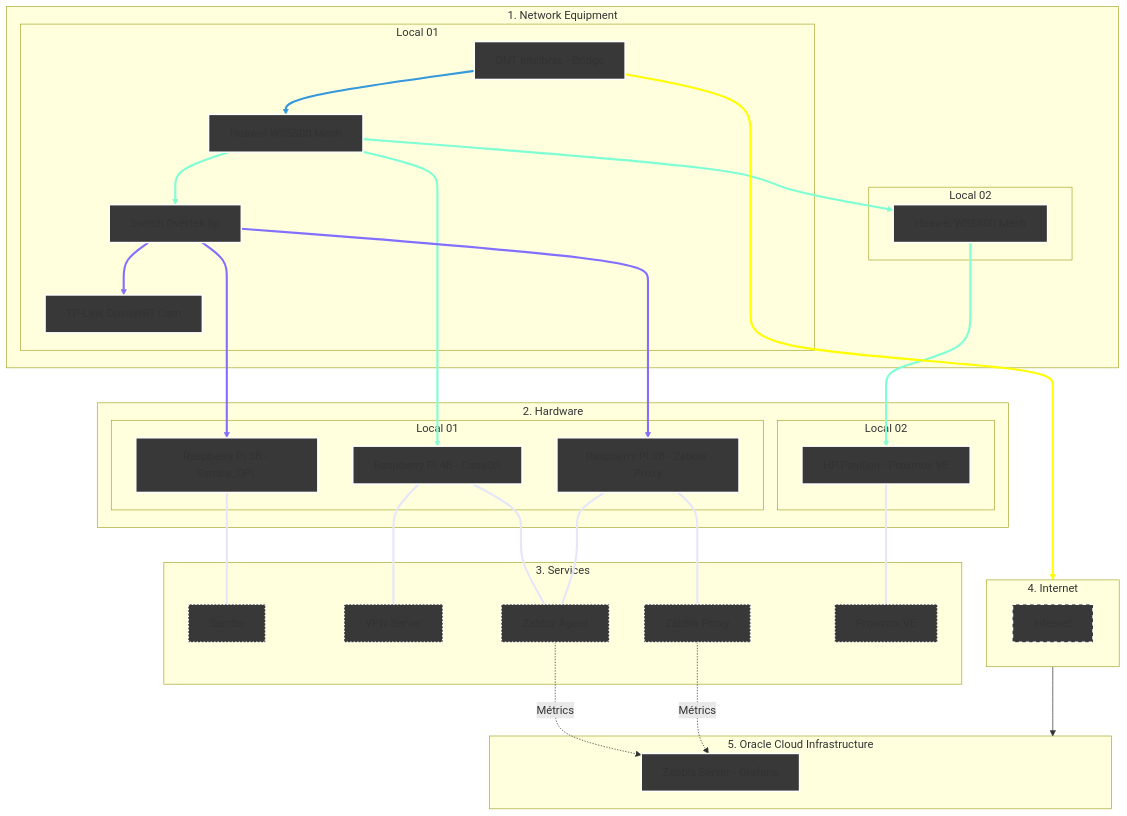
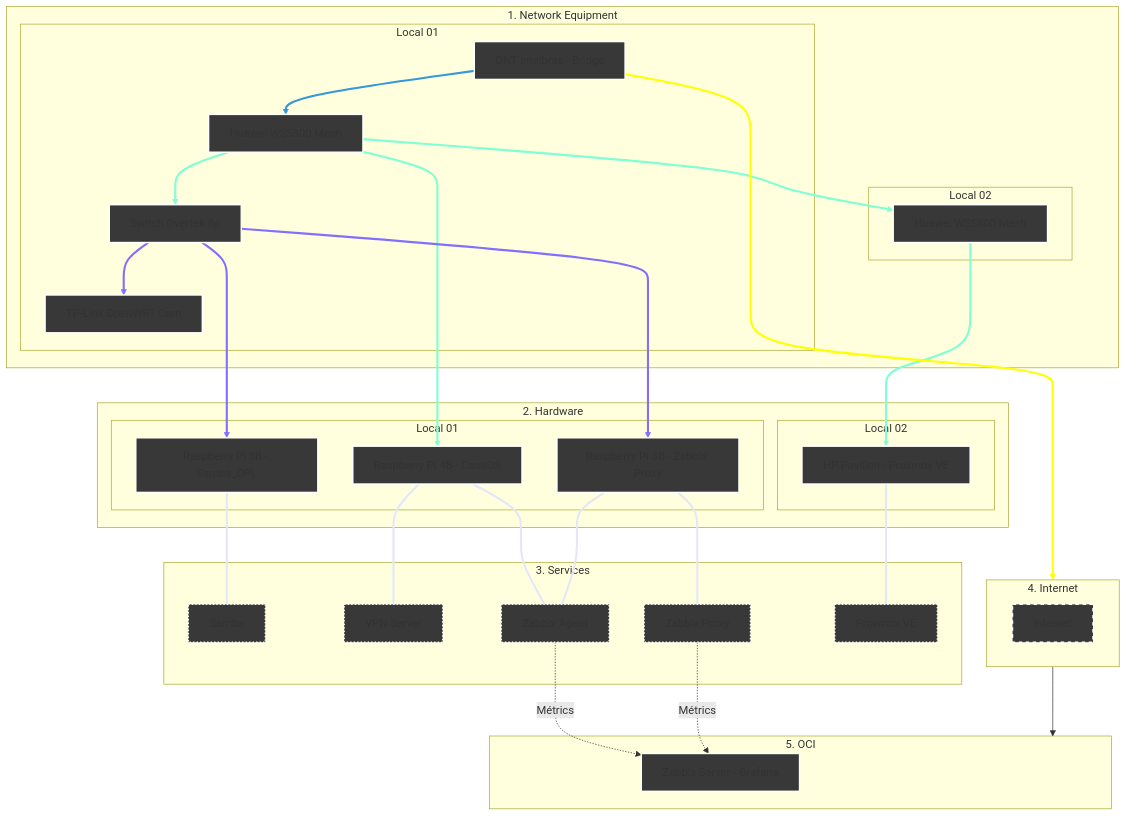
One commit to kevindexter22/Dr-Hardware-Autonet changed the diagram in Infraestructure/README.md. Above: the diagram before and after it, drawn with Mermaid.

````diff
--- a/Infraestructure/README.md
+++ b/Infraestructure/README.md
@@ -13,71 +13,71 @@
 ```mermaid
 graph TD
     %% Styles
     classDef network fill:#383838,stroke:#FFFFFF,stroke-width:2px;
     classDef hardware fill:#383838,stroke:#FFFFFF,stroke-width:2px;
     classDef internet fill:#383838,stroke:#FFFFFF,stroke-width:2px,stroke-dasharray: 5 5;
     classDef services fill:#383838,stroke:#FFFFFF,stroke-width:2px, stroke-dasharray: 2 3;
     classDef oci fill:#383838,stroke:#FFFFFF,stroke-width:2px;
 
     %% 1. NETWORK EQUIPMENT
     subgraph Principal["1. Network Equipment"]
     subgraph S1 [Local 01]
         ONT[ONT Intelbras - Bridge]:::network --> R_Mesh1[Huawei WS5800 Mesh]:::network
         R_Mesh1 --> SW1[Switch Overtek 8p]:::network
         SW1 --> R_Cams[TP-Link OpenWRT Cam]:::network    
     end
     subgraph S2 [Local 02]
         R_Mesh1 --> R_Mesh2[Huawei WS5800 Mesh]:::network
     end
     end
     
     %% 2. HARDWARE
     subgraph Principal02["2. Hardware"]
     subgraph S3 [Local 01]
         SW1 ---> RPi3B_1[Raspberry Pi 3B - Samba_OPL]:::hardware
         R_Mesh1 ---> RPi4B[Raspberry Pi 4B - CasaOS]:::hardware
         SW1 ---> RPi3B_2[Raspberry Pi 3B - Zabbix Proxy]:::hardware
     end
     subgraph S4 [Local 02]
         R_Mesh2 ---> HP[HP Pavilion - Proxmox VE]:::hardware
     end
     end
 
     %% 3. SERVICES     
     subgraph S5 [3. Services];
         RPi3B_1 --- SMB1[Samba]:::services
         RPi4B --- VPN[VPN Server]:::services
         RPi4B --- ZA[Zabbix Agent]:::services
         RPi3B_2 --- ZA[Zabbix Agent]:::services
         RPi3B_2 --- ZP[Zabbix Proxy]:::services
         HP --- PVE[Proxmox VE]:::services        
     end
 
     %% 4. Internet (The Bridge)
     subgraph S6 [4. Internet]
            internet[Internet]:::internet
     end
 
     %% 5. Oracle Cloud Infrastructure
-    subgraph S7 [5. Oracle Cloud Infrastructure]
+    subgraph S7 [5. OCI]
         ZS[Zabbix Server - Grafana]:::oci
     end
 
     %% Conections of data flow
     ONT --> S6
     S6 --> S7
     
     %% Logical conections
     ZA -.-> |Métrics| ZS
     ZP -.-> |Métrics| ZS 
 
     %% --- Set collor on conections ---
     
     linkStyle 0 stroke:#3498db,stroke-width:3px;
     linkStyle 1,3,5,7 stroke:#7FFFD4,stroke-width:3px;
     linkStyle 2,4,6 stroke:#836FFF,stroke-width:3px;
     linkStyle 8,9,10,11,12,13 stroke:#E6E6FA,stroke-width:3px;
     linkStyle 14 stroke:#FFFF00,stroke-width:3px;
 
 
 ```
````
